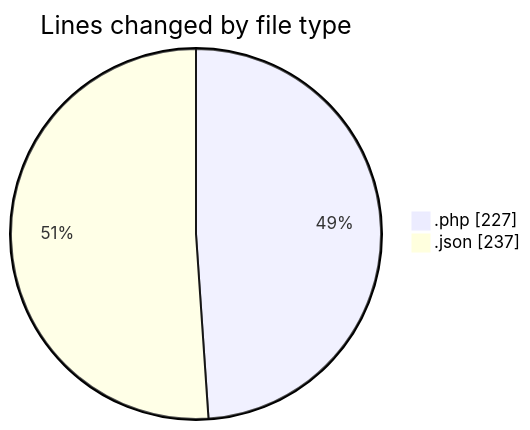
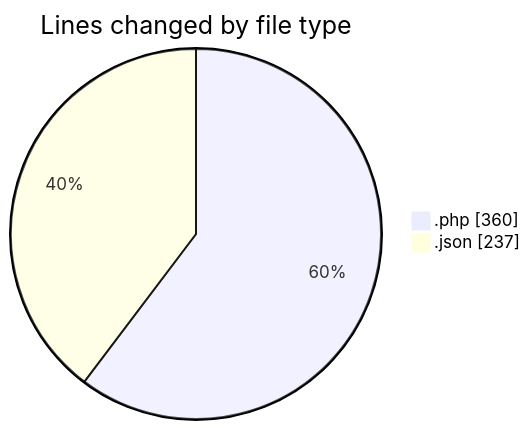
The first of 2 diagrams in 2025-06-02/studio-backend/README.md (idhammustaqopulfikri/code-tracking), drawn with Mermaid before and after one commit. The commit also changed other lines of this file and 1 other file, not shown here.

````diff
--- a/2025-06-02/studio-backend/README.md
+++ b/2025-06-02/studio-backend/README.md
@@ -25,6 +27,6 @@
 ```mermaid
 pie showData
 title Lines changed by file type
-".php" : 227
+".php" : 360
 ".json" : 237
 ```
````
